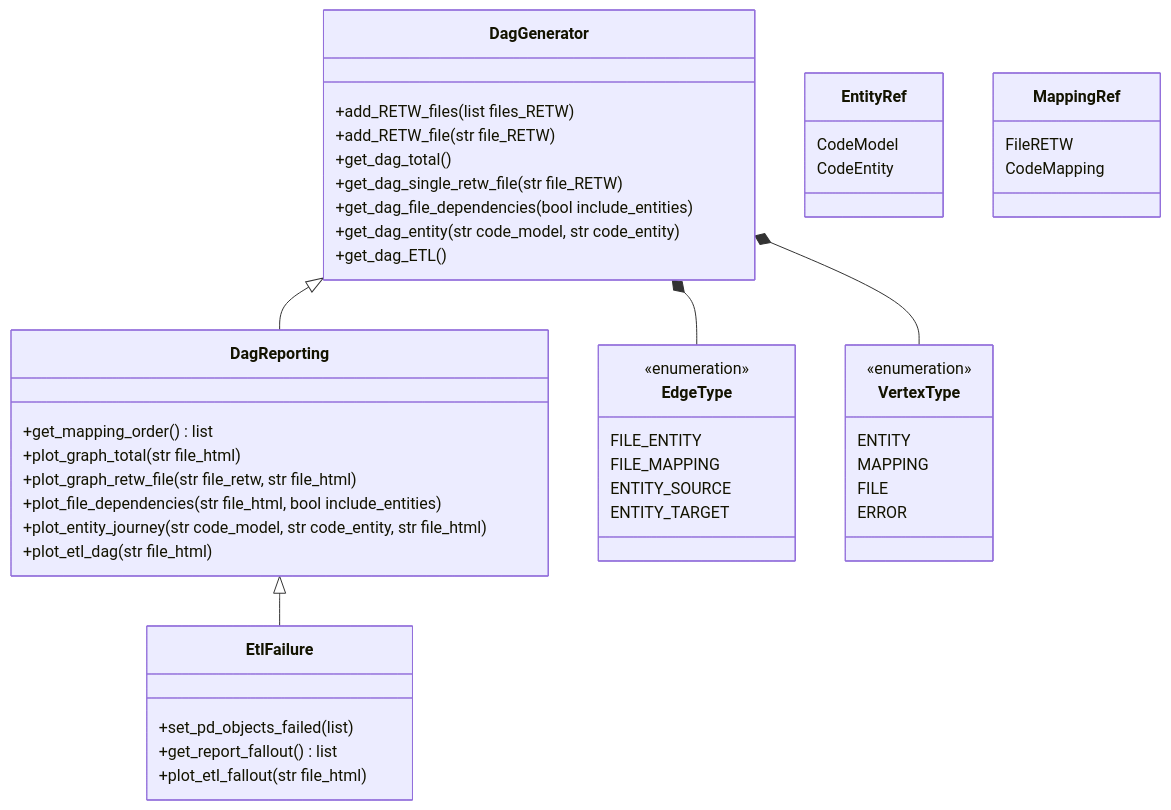
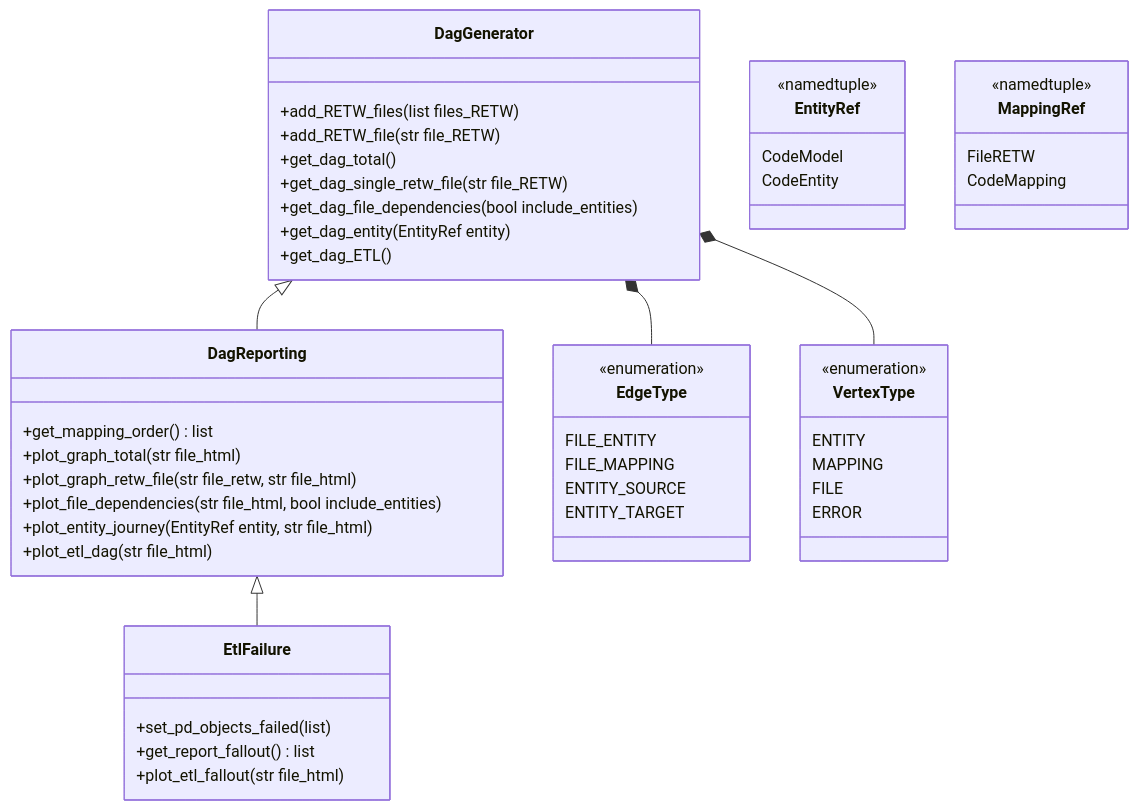
The third of 3 diagrams in README.md (mark-me/mapping-dependencies), drawn with Mermaid before and after one commit.

````diff
--- a/README.md
+++ b/README.md
@@ -103,57 +103,59 @@
 ```mermaid
 ---
   config:
     class:
       hideEmptyMembersBox: true
 ---
 classDiagram
   DagGenerator <|-- DagReporting
   DagReporting <|-- EtlFailure
   DagGenerator *-- EdgeType
   DagGenerator *-- VertexType
 
   class EntityRef{
+    <<namedtuple>>
     CodeModel
     CodeEntity
   }
   class MappingRef{
+    <<namedtuple>>
     FileRETW
     CodeMapping
   }
   class VertexType{
     <<enumeration>>
     ENTITY
     MAPPING
     FILE
     ERROR
   }
   class EdgeType{
     <<enumeration>>
     FILE_ENTITY
     FILE_MAPPING
     ENTITY_SOURCE
     ENTITY_TARGET
   }
   class DagGenerator{
     +add_RETW_files(list files_RETW)
     +add_RETW_file(str file_RETW)
     +get_dag_total()
     +get_dag_single_retw_file(str file_RETW)
     +get_dag_file_dependencies(bool include_entities)
-    +get_dag_entity(str code_model, str code_entity)
+    +get_dag_entity(EntityRef entity)
     +get_dag_ETL()
   }
   class DagReporting{
     +get_mapping_order() list
     +plot_graph_total(str file_html)
     +plot_graph_retw_file(str file_retw, str file_html)
     +plot_file_dependencies(str file_html, bool include_entities)
-    +plot_entity_journey(str code_model, str code_entity, str file_html)
+    +plot_entity_journey(EntityRef entity, str file_html)
     +plot_etl_dag(str file_html)
   }
   class EtlFailure{
     +set_pd_objects_failed(list)
     +get_report_fallout() list
     +plot_etl_fallout(str file_html)
   }
 ```
````
